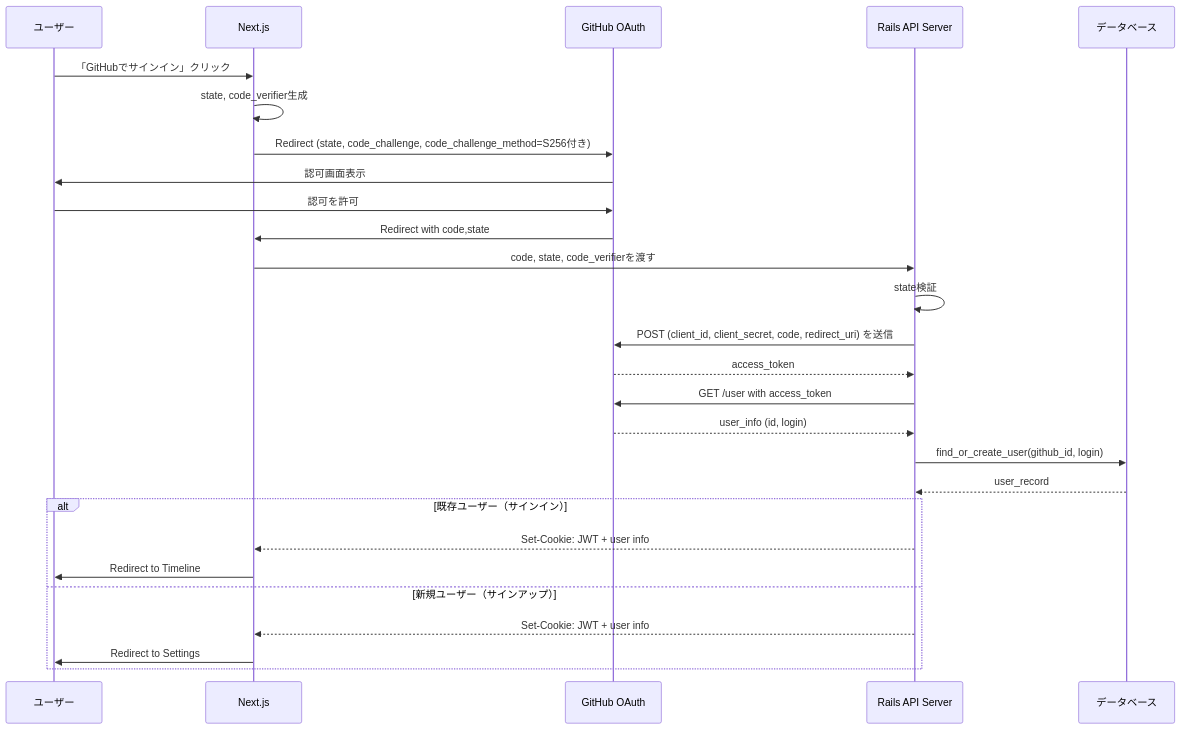
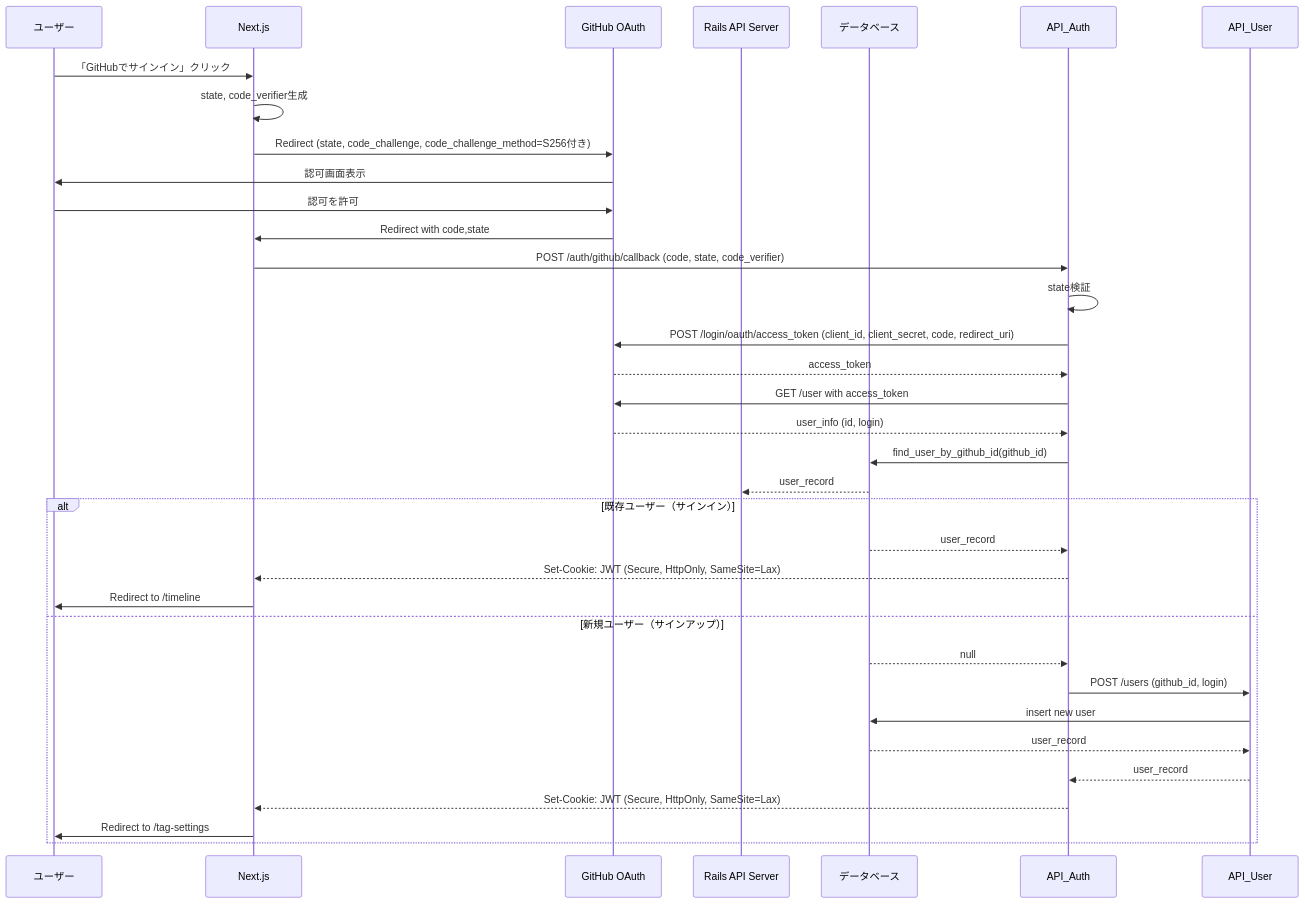
Before and after one commit to tsukuneA1/git-feed: the diagram in signin-sequence.md, drawn with Mermaid.

Commit message:
fix:APIエンドポイント分岐

````diff
--- a/signin-sequence.md
+++ b/signin-sequence.md
@@ -1,30 +1,39 @@
 ```mermaid
 sequenceDiagram
     participant User as ユーザー
     participant Frontend as Next.js
     participant GitHub as GitHub OAuth
     participant API as Rails API Server
     participant DB as データベース
 
     User ->> Frontend: 「GitHubでサインイン」クリック
     Frontend ->> Frontend: state, code_verifier生成
     Frontend ->> GitHub: Redirect (state, code_challenge, code_challenge_method=S256付き)
     GitHub ->> User: 認可画面表示
     User ->> GitHub: 認可を許可
     GitHub ->> Frontend: Redirect with code,state
-    Frontend ->> API: code, state, code_verifierを渡す
-    API ->> API: state検証
-    API ->> GitHub: POST (client_id, client_secret, code, redirect_uri) を送信
-    GitHub -->> API: access_token
-    API ->> GitHub: GET /user with access_token
-    GitHub -->> API: user_info (id, login)
-    API ->> DB: find_or_create_user(github_id, login)
+
+    Frontend ->> API_Auth: POST /auth/github/callback (code, state, code_verifier)
+    API_Auth ->> API_Auth: state検証
+    API_Auth ->> GitHub: POST /login/oauth/access_token (client_id, client_secret, code, redirect_uri)
+    GitHub -->> API_Auth: access_token
+    API_Auth ->> GitHub: GET /user with access_token
+    GitHub -->> API_Auth: user_info (id, login)
+
+    API_Auth ->> DB: find_user_by_github_id(github_id)
+
     DB -->> API: user_record
     alt 既存ユーザー（サインイン）
-        API -->> Frontend: Set-Cookie: JWT + user info
-        Frontend ->> User: Redirect to Timeline
+        DB -->> API_Auth: user_record
+        API_Auth -->> Frontend: Set-Cookie: JWT (Secure, HttpOnly, SameSite=Lax)
+        Frontend ->> User: Redirect to /timeline
     else 新規ユーザー（サインアップ）
-        API -->> Frontend: Set-Cookie: JWT + user info
-        Frontend ->> User: Redirect to Settings
+        DB -->> API_Auth: null
+        API_Auth ->> API_User: POST /users (github_id, login)
+        API_User ->> DB: insert new user
+        DB -->> API_User: user_record
+        API_User -->> API_Auth: user_record
+        API_Auth -->> Frontend: Set-Cookie: JWT (Secure, HttpOnly, SameSite=Lax)
+        Frontend ->> User: Redirect to /tag-settings
     end
 ```
````
